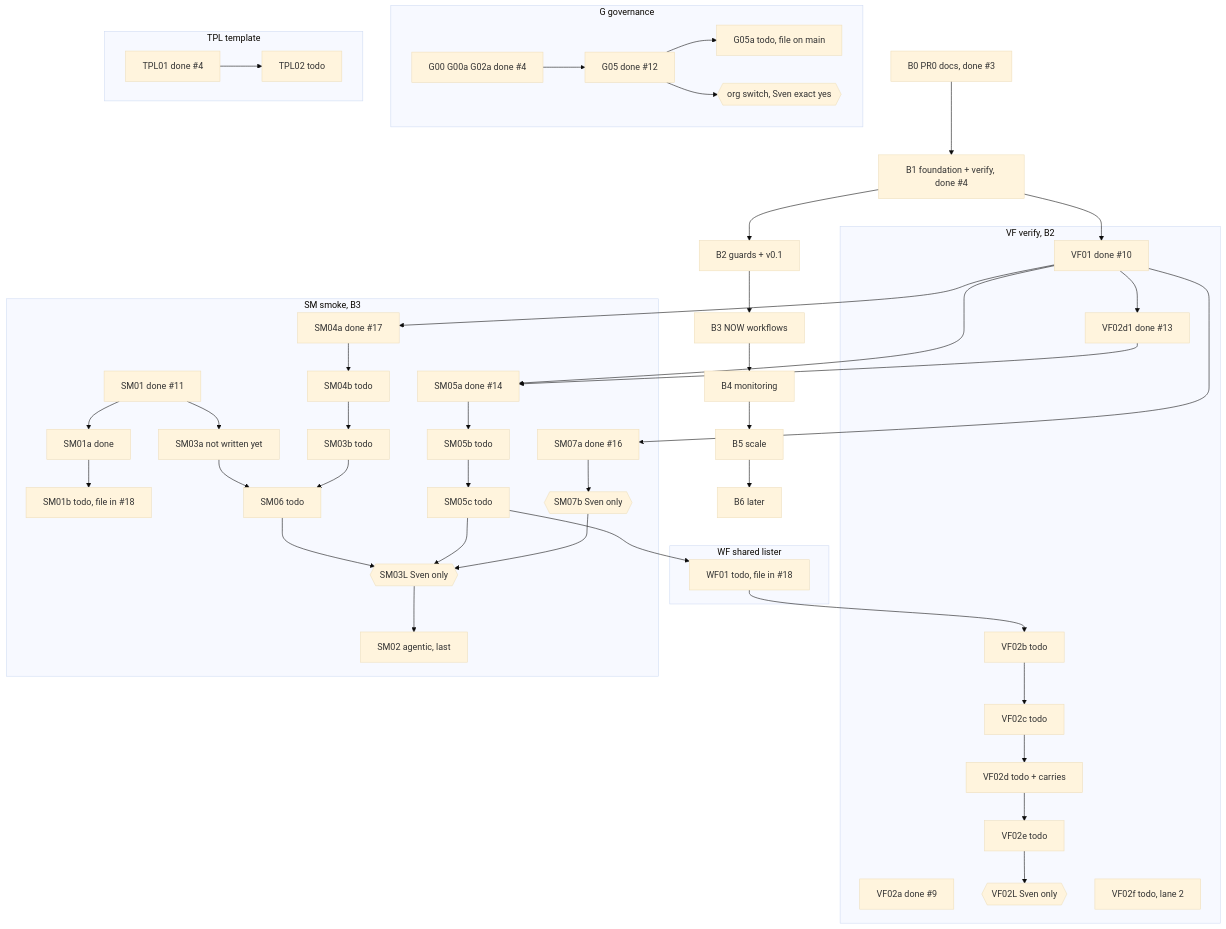
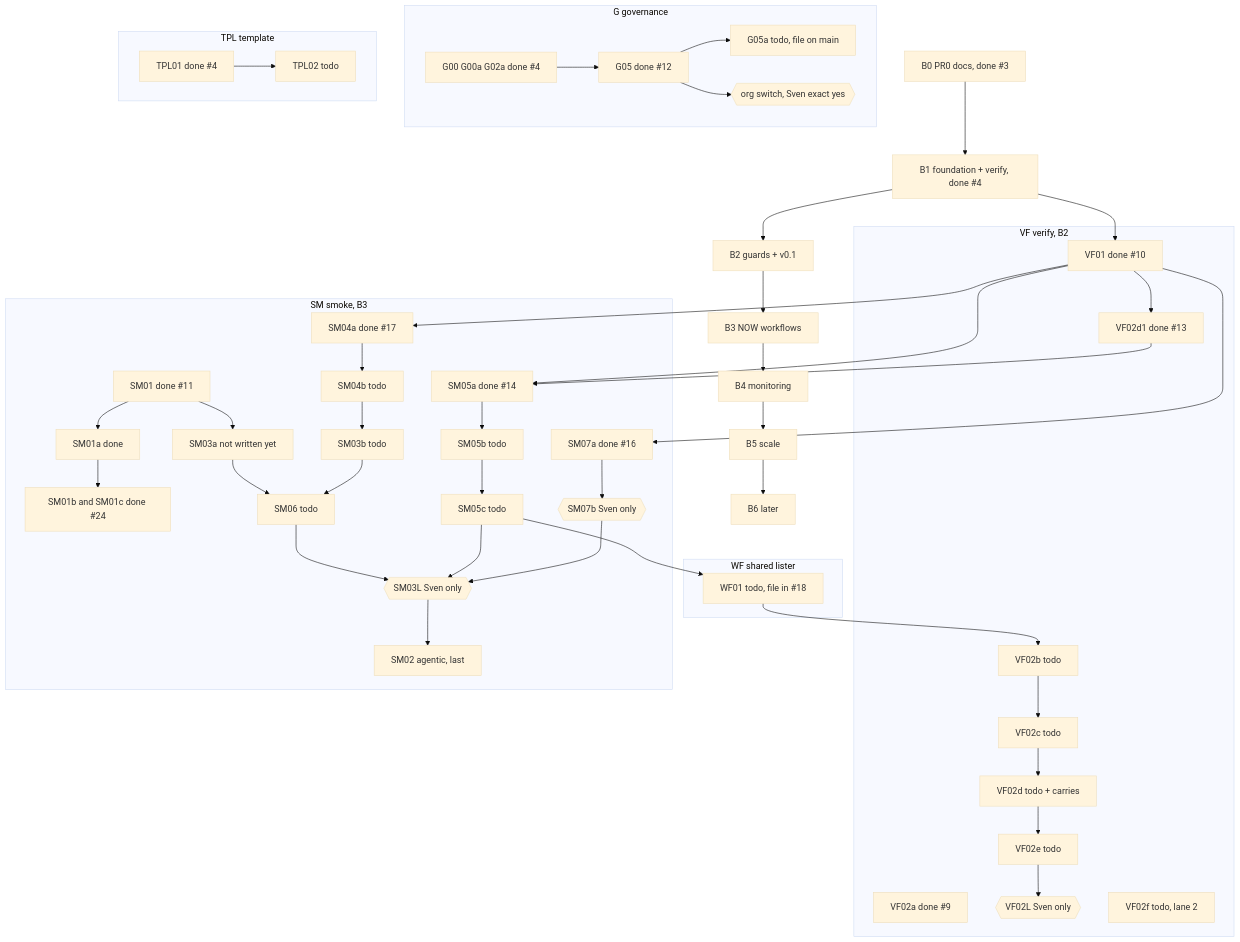
The diagram in docs/ROADMAP.md (svennijhuis/agentic-workflows), drawn with Mermaid (base theme) before and after one commit. The commit also changed other lines of this file and 42 other files, not shown here.

````diff
--- a/docs/ROADMAP.md
+++ b/docs/ROADMAP.md
@@ -17,52 +17,52 @@
 ```mermaid
 flowchart TD
   B0[B0 PR0 docs, done #3] --> B1[B1 foundation + verify, done #4]
   B1 --> B2[B2 guards + v0.1]
   B2 --> B3[B3 NOW workflows]
   B3 --> B4[B4 monitoring]
   B4 --> B5[B5 scale]
   B5 --> B6[B6 later]
 
   subgraph VF[VF verify, B2]
     VF01[VF01 done #10] --> VF02d1[VF02d1 done #13]
     VF02a[VF02a done #9]
     VF02b[VF02b todo] --> VF02c[VF02c todo] --> VF02d[VF02d todo + carries] --> VF02e[VF02e todo] --> VF02L{{VF02L Sven only}}
     VF02f[VF02f todo, lane 2]
   end
 
   subgraph SM[SM smoke, B3]
-    SM01[SM01 done #11] --> SM01a[SM01a done] --> SM01b[SM01b todo, file in #18]
+    SM01[SM01 done #11] --> SM01a[SM01a done] --> SM01b[SM01b and SM01c done #24]
     SM05a[SM05a done #14] --> SM05b[SM05b todo] --> SM05c[SM05c todo]
     SM07a[SM07a done #16] --> SM07b{{SM07b Sven only}}
     SM04a[SM04a done #17] --> SM04b[SM04b todo]
     SM01 --> SM03a[SM03a not written yet]
     SM04b --> SM03b[SM03b todo]
     SM03a --> SM06[SM06 todo]
     SM03b --> SM06
     SM06 --> SM03L{{SM03L Sven only}}
     SM05c --> SM03L
     SM07b --> SM03L
     SM03L --> SM02[SM02 agentic, last]
   end
 
   subgraph WF[WF shared lister]
     WF01[WF01 todo, file in #18]
   end
 
   subgraph G[G governance]
     G00[G00 G00a G02a done #4] --> G05[G05 done #12] --> G05a[G05a todo, file on main]
     G05 --> GSW{{org switch, Sven exact yes}}
   end
 
   subgraph TPL[TPL template]
     TPL01[TPL01 done #4] --> TPL02[TPL02 todo]
   end
 
   VF01 --> SM05a
   VF02d1 --> SM05a
   SM05c --> WF01
   WF01 --> VF02b
   VF01 --> SM07a
   VF01 --> SM04a
   B1 --> VF01
 ```
````
